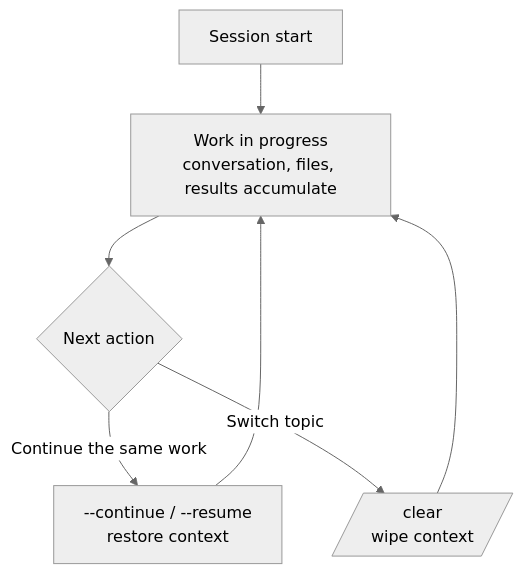
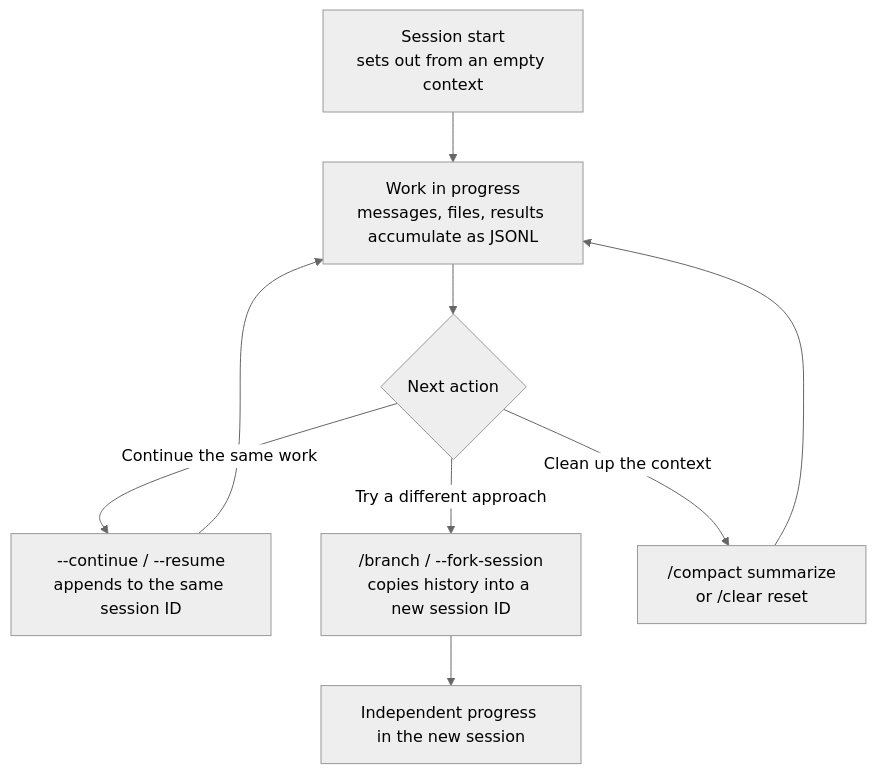
One commit to modu-ai/moai-adk changed the diagram in docs-site/content/en/claude-code/context-memory/sessions.md. Above: the diagram before and after it, drawn with Mermaid (neutral theme). The commit also changed other lines of this file and 25 other files, not shown here.

````diff
--- a/docs-site/content/en/claude-code/context-memory/sessions.md
+++ b/docs-site/content/en/claude-code/context-memory/sessions.md
@@ -37,9 +105,11 @@
 ```mermaid
 flowchart TD
-    A[Session start] --> B[Work in progress<br/>conversation, files, results accumulate]
+    A["Session start<br/>sets out from an empty context"] --> B["Work in progress<br/>messages, files, results accumulate as JSONL"]
     B --> C{Next action}
-    C -->|Continue the same work| D[--continue / --resume<br/>restore context]
-    C -->|Switch topic| E[/clear<br/>wipe context/]
+    C -->|Continue the same work| D["--continue / --resume<br/>appends to the same session ID"]
+    C -->|Try a different approach| E["/branch / --fork-session<br/>copies history into a new session ID"]
+    C -->|Clean up the context| F["/compact summarize<br/>or /clear reset"]
     D --> B
-    E --> B
+    E --> G["Independent progress in the new session"]
+    F --> B
 ```
````
